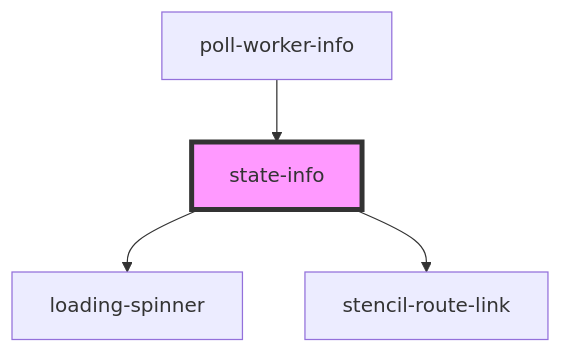
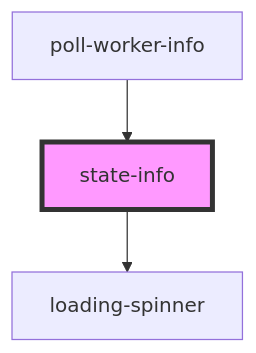
Before and after one commit to pizza-to-the-polls/power-the-polls: the diagram in power-the-polls-form/src/components/state-info/readme.md, drawn with Mermaid. The commit also changed other lines of this file and 19 other files, not shown here.

````diff
--- a/power-the-polls-form/src/components/state-info/readme.md
+++ b/power-the-polls-form/src/components/state-info/readme.md
@@ -28,7 +27,6 @@
 ```mermaid
 graph TD;
   state-info --> loading-spinner
-  state-info --> stencil-route-link
   poll-worker-info --> state-info
   style state-info fill:#f9f,stroke:#333,stroke-width:4px
 ```
````
